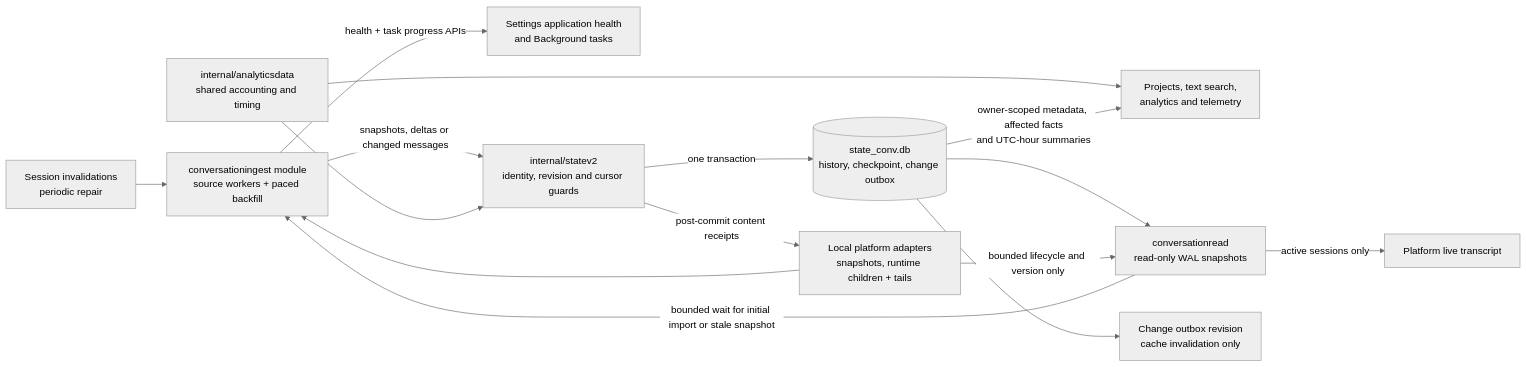
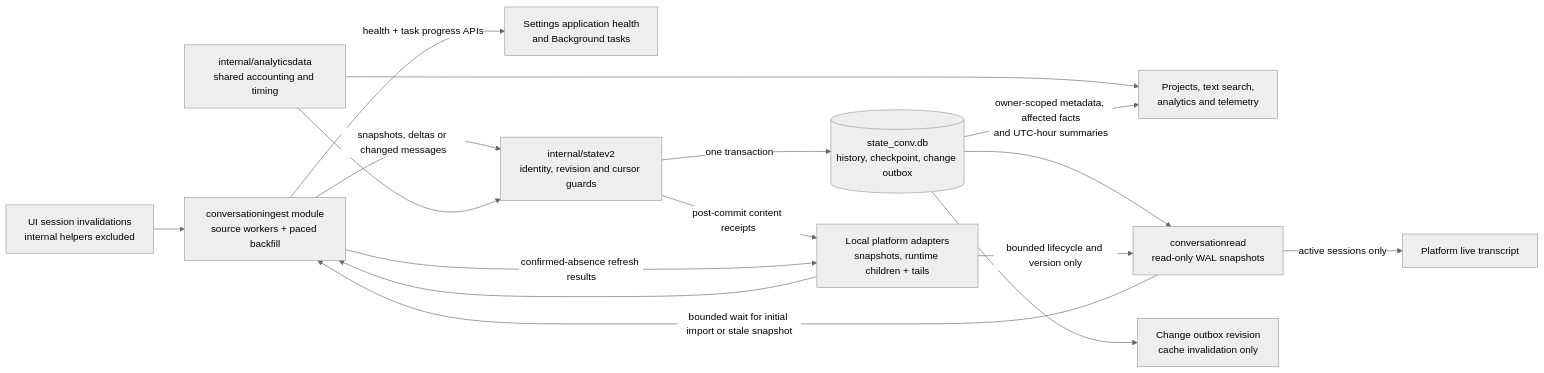
One commit to ocman/ocman changed the seventh of 21 diagrams in docs/other/architecture.md. Above: the diagram before and after it, drawn with Mermaid (neutral theme). The commit also changed other lines of this file and 24 other files, not shown here.

````diff
--- a/docs/other/architecture.md
+++ b/docs/other/architecture.md
@@ -421,18 +421,19 @@
 ```mermaid
 flowchart LR
     Import[conversationingest module<br/>source workers + paced backfill]
     Adapters[Local platform adapters<br/>snapshots, runtime children + tails] --> Import
-    Events[Session invalidations<br/>periodic repair] --> Import
+    Events[UI session invalidations<br/>internal helpers excluded] --> Import
     Import -->|health + task progress APIs| UI[Settings application health<br/>and Background tasks]
     Import -->|snapshots, deltas or changed messages| Commit[internal/statev2<br/>identity, revision and cursor guards]
     Rules[internal/analyticsdata<br/>shared accounting and timing] --> Commit
     Rules --> Analytics
     Commit -->|one transaction| History[(state_conv.db<br/>history, checkpoint, change outbox)]
     Commit -->|post-commit content receipts| Adapters
+    Import -->|confirmed-absence refresh results| Adapters
     History --> Reader[conversationread<br/>read-only WAL snapshots]
     Adapters -->|bounded lifecycle and version only| Reader
     Reader -->|bounded wait for initial import or stale snapshot| Import
     Reader -->|active sessions only| Live[Platform live transcript]
     History -->|owner-scoped metadata, affected facts<br/>and UTC-hour summaries| Analytics[Projects, text search,<br/>analytics and telemetry]
     History --> Changes[Change outbox revision<br/>cache invalidation only]
 ```
````
